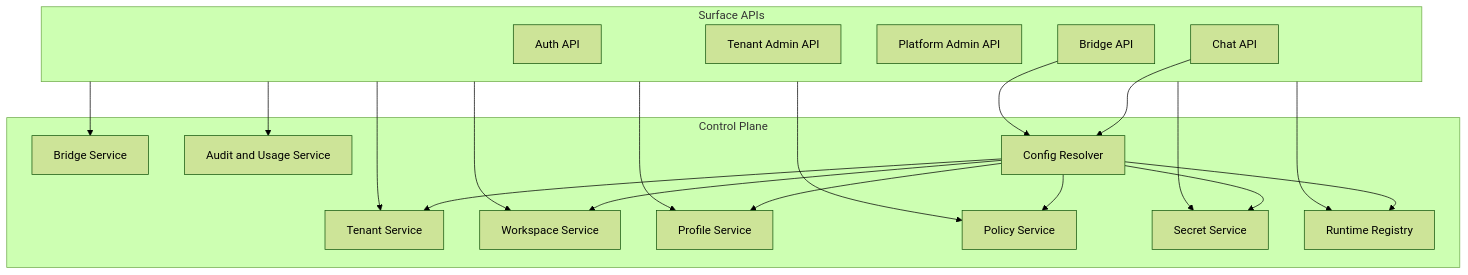
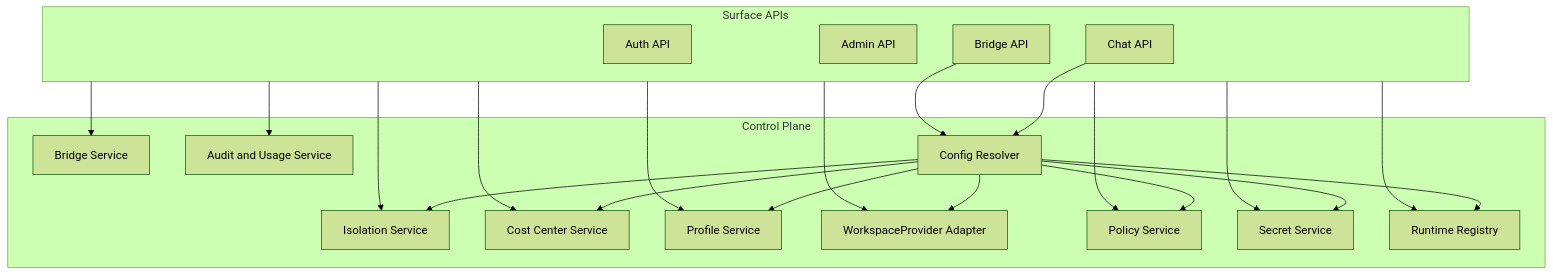
One commit to Wh1isper/ya-mono changed the first of 2 diagrams in packages/ya-agent-platform/spec/003-control-plane.md. Above: the diagram before and after it, drawn with Mermaid (forest theme). The commit also changed other lines of this file and 24 other files, not shown here.

````diff
--- a/packages/ya-agent-platform/spec/003-control-plane.md
+++ b/packages/ya-agent-platform/spec/003-control-plane.md
@@ -26,40 +27,42 @@
 ```mermaid
 flowchart TB
     subgraph Surface[Surface APIs]
         AUTH[Auth API]
-        ADMIN[Tenant Admin API]
-        PADMIN[Platform Admin API]
+        ADMIN[Admin API]
         CHAT[Chat API]
         BRIDGE[Bridge API]
     end
 
     subgraph ControlPlane[Control Plane]
-        TENANTS[Tenant Service]
-        WORKSPACES[Workspace Service]
+        ISOLATION[Isolation Service]
+        COST[Cost Center Service]
         PROFILES[Profile Service]
+        PROVIDER[WorkspaceProvider Adapter]
         POLICIES[Policy Service]
         SECRETS[Secret Service]
         BRIDGES[Bridge Service]
         RUNTIMES[Runtime Registry]
         AUDIT[Audit and Usage Service]
         RESOLVER[Config Resolver]
     end
 
-    Surface --> TENANTS
-    Surface --> WORKSPACES
+    Surface --> ISOLATION
+    Surface --> COST
     Surface --> PROFILES
+    Surface --> PROVIDER
     Surface --> POLICIES
     Surface --> SECRETS
     Surface --> BRIDGES
     Surface --> RUNTIMES
     Surface --> AUDIT
     CHAT --> RESOLVER
     BRIDGE --> RESOLVER
 
-    RESOLVER --> TENANTS
-    RESOLVER --> WORKSPACES
+    RESOLVER --> ISOLATION
+    RESOLVER --> COST
     RESOLVER --> PROFILES
+    RESOLVER --> PROVIDER
     RESOLVER --> POLICIES
     RESOLVER --> SECRETS
     RESOLVER --> RUNTIMES
 ```
````
